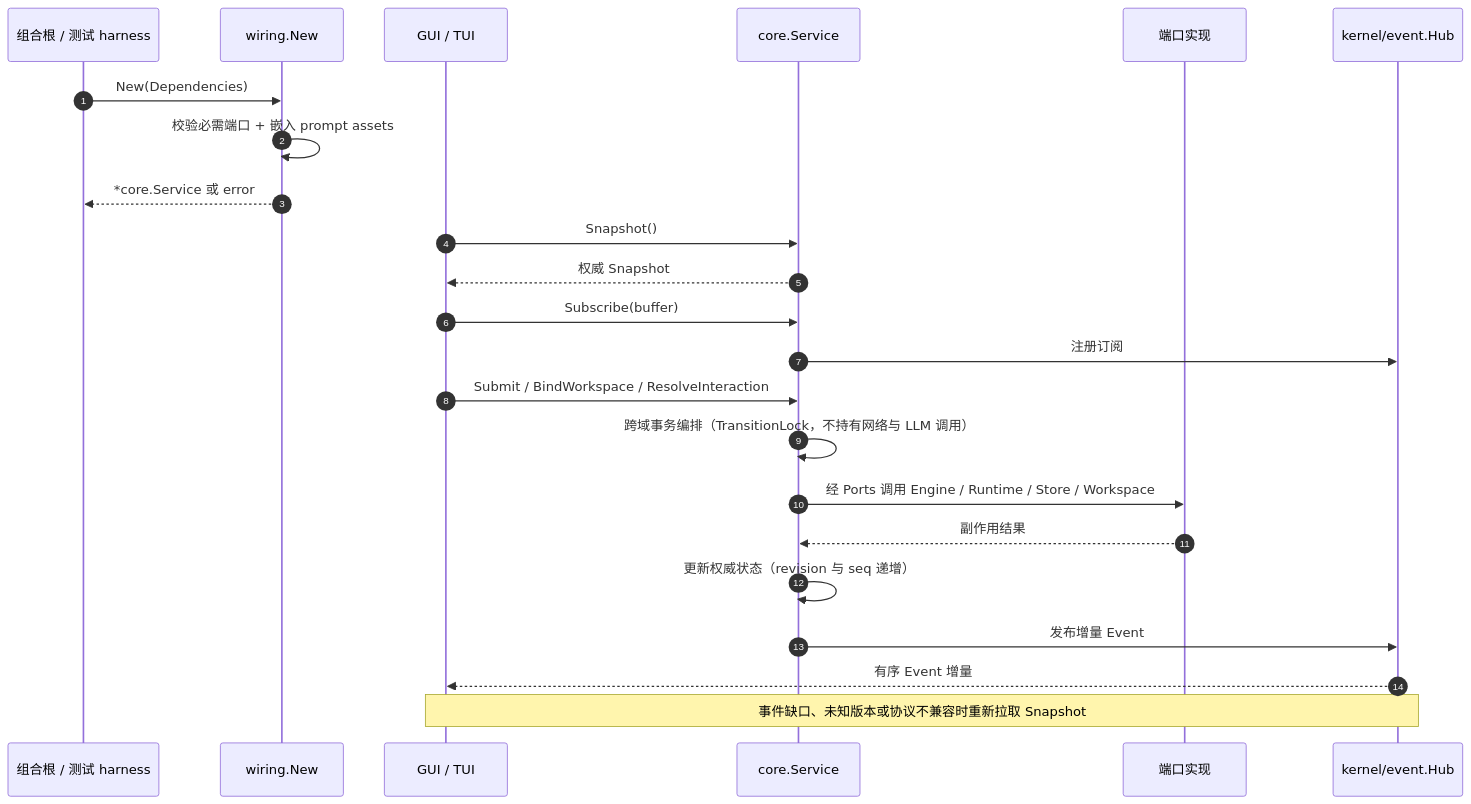
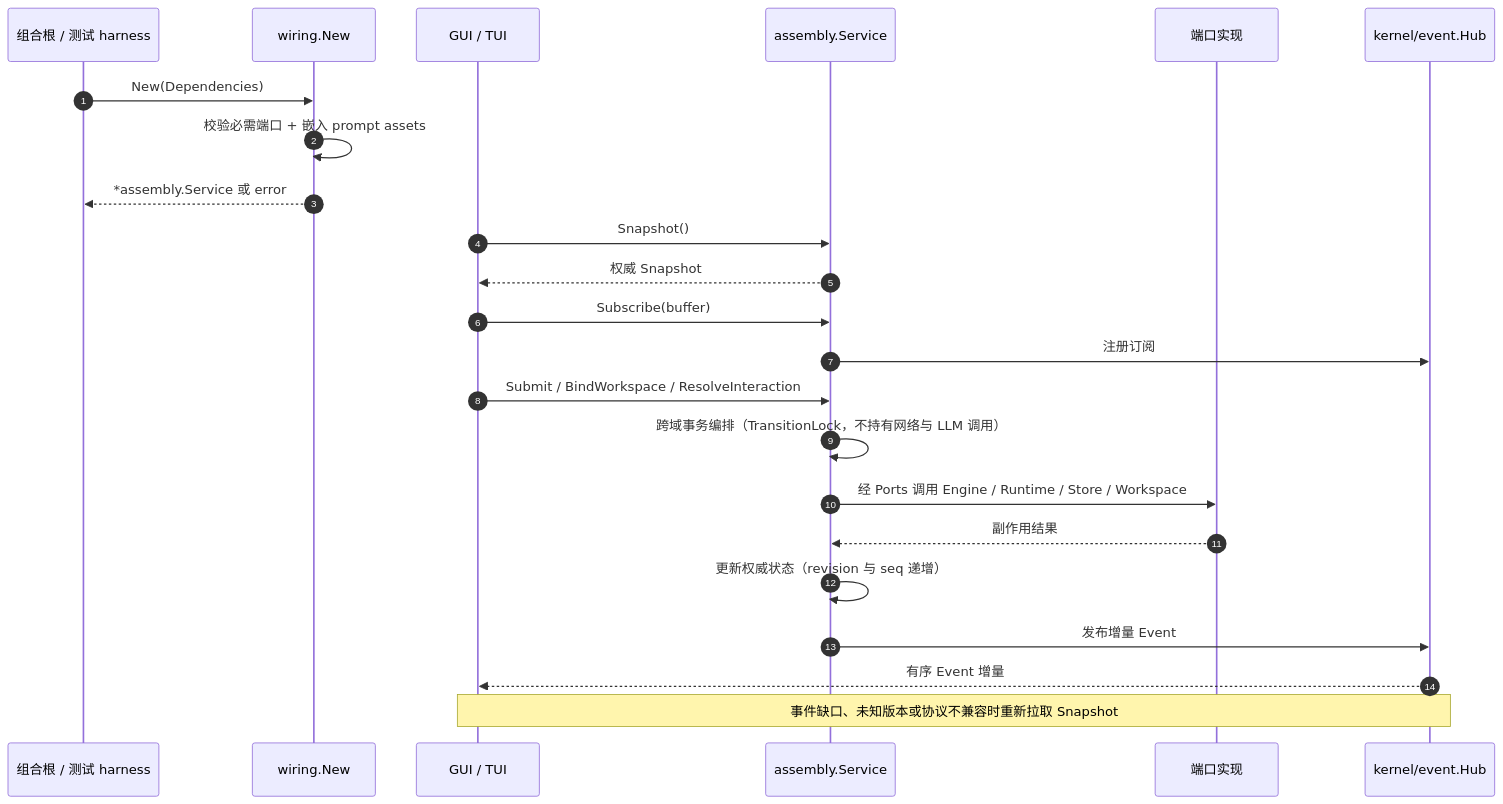
One commit to RedHuang-0622/seelex changed the third of 5 diagrams in application/README.md. Above: the diagram before and after it, drawn with Mermaid. The commit also changed other lines of this file and 941 other files, not shown here.

````diff
--- a/application/README.md
+++ b/application/README.md
@@ -894,28 +897,28 @@
 ```mermaid
 sequenceDiagram
     autonumber
     participant H as 组合根 / 测试 harness
     participant A as wiring.New
     participant F as GUI / TUI
-    participant S as core.Service
+    participant S as assembly.Service
     participant P as 端口实现
     participant E as kernel/event.Hub
 
     H->>A: New(Dependencies)
     A->>A: 校验必需端口 + 嵌入 prompt assets
-    A-->>H: *core.Service 或 error
+    A-->>H: *assembly.Service 或 error
 
     F->>S: Snapshot()
     S-->>F: 权威 Snapshot
     F->>S: Subscribe(buffer)
     S->>E: 注册订阅
 
     F->>S: Submit / BindWorkspace / ResolveInteraction
     S->>S: 跨域事务编排（TransitionLock，不持有网络与 LLM 调用）
     S->>P: 经 Ports 调用 Engine / Runtime / Store / Workspace
     P-->>S: 副作用结果
     S->>S: 更新权威状态（revision 与 seq 递增）
     S->>E: 发布增量 Event
     E-->>F: 有序 Event 增量
     Note over F,E: 事件缺口、未知版本或协议不兼容时重新拉取 Snapshot
 ```
````
